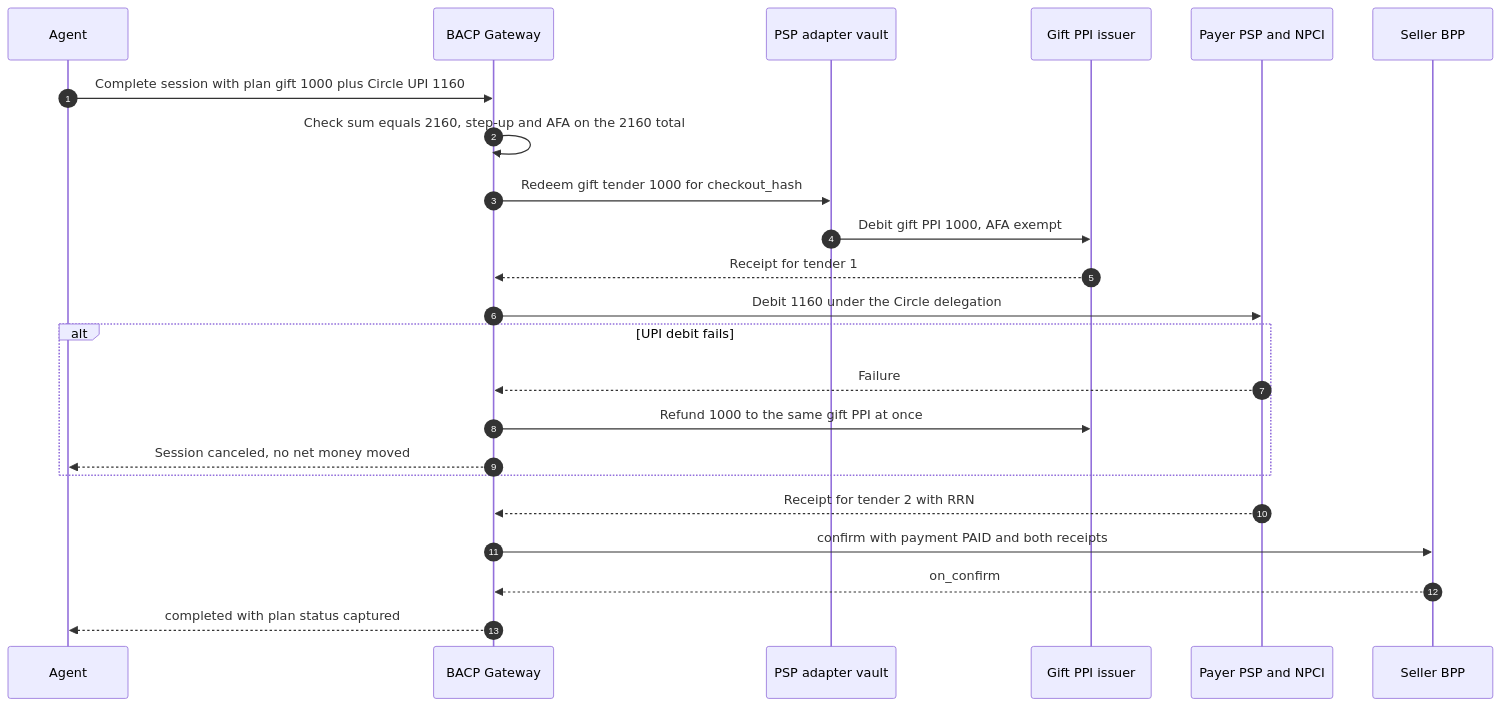
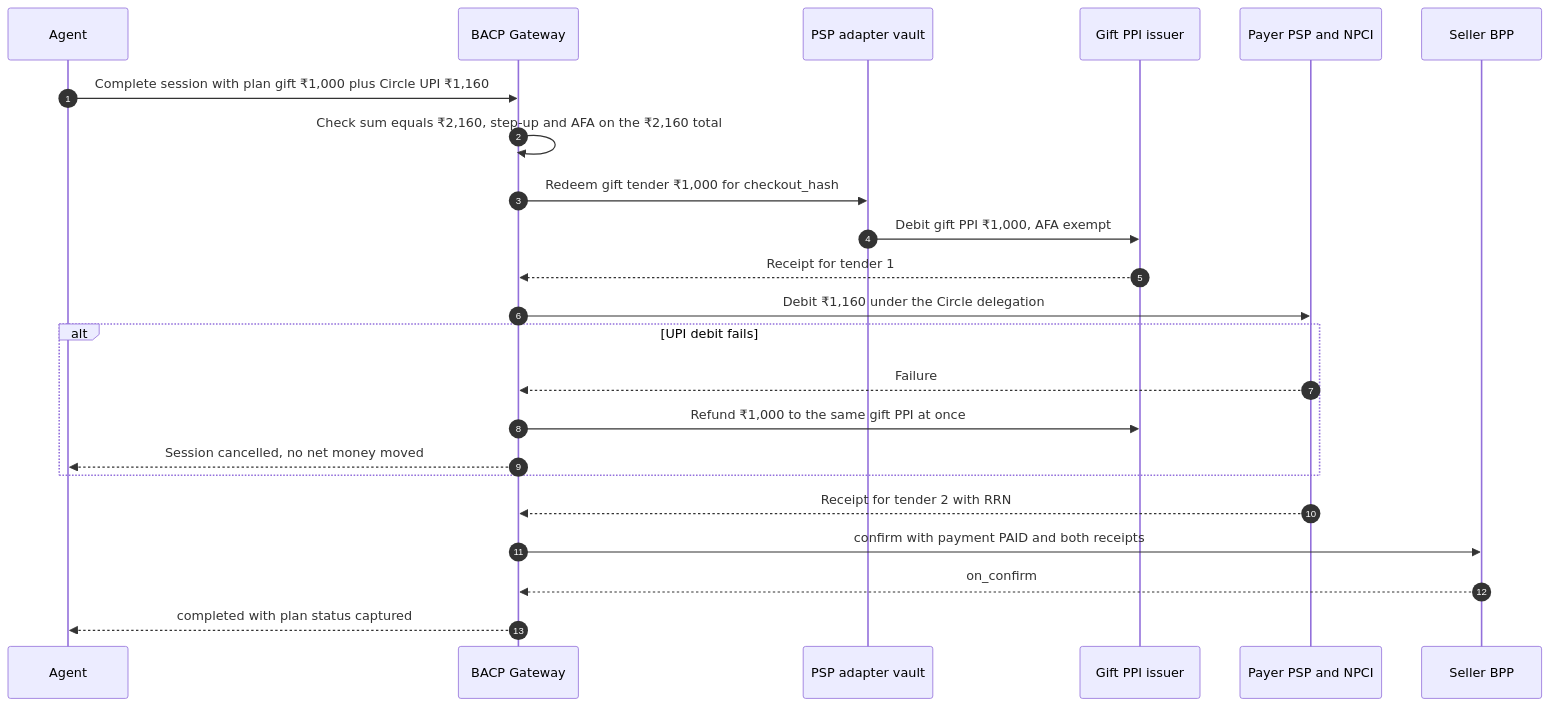
One commit to bacp-dev/bacp changed the diagram in docs/specification/payments/credit-and-split-tender.md. Above: the diagram before and after it, drawn with Mermaid. The commit also changed other lines of this file and 63 other files, not shown here.

````diff
--- a/docs/specification/payments/credit-and-split-tender.md
+++ b/docs/specification/payments/credit-and-split-tender.md
@@ -103,25 +103,25 @@
 ```mermaid
 sequenceDiagram
     autonumber
     participant A as Agent
     participant G as BACP Gateway
     participant V as PSP adapter vault
     participant GI as Gift PPI issuer
     participant N as Payer PSP and NPCI
     participant S as Seller BPP
-    A->>G: Complete session with plan gift 1000 plus Circle UPI 1160
-    G->>G: Check sum equals 2160, step-up and AFA on the 2160 total
-    G->>V: Redeem gift tender 1000 for checkout_hash
-    V->>GI: Debit gift PPI 1000, AFA exempt
+    A->>G: Complete session with plan gift ₹1,000 plus Circle UPI ₹1,160
+    G->>G: Check sum equals ₹2,160, step-up and AFA on the ₹2,160 total
+    G->>V: Redeem gift tender ₹1,000 for checkout_hash
+    V->>GI: Debit gift PPI ₹1,000, AFA exempt
     GI-->>G: Receipt for tender 1
-    G->>N: Debit 1160 under the Circle delegation
+    G->>N: Debit ₹1,160 under the Circle delegation
     alt UPI debit fails
         N-->>G: Failure
-        G->>GI: Refund 1000 to the same gift PPI at once
-        G-->>A: Session canceled, no net money moved
+        G->>GI: Refund ₹1,000 to the same gift PPI at once
+        G-->>A: Session cancelled, no net money moved
     end
     N-->>G: Receipt for tender 2 with RRN
     G->>S: confirm with payment PAID and both receipts
     S-->>G: on_confirm
     G-->>A: completed with plan status captured
 ```
````
